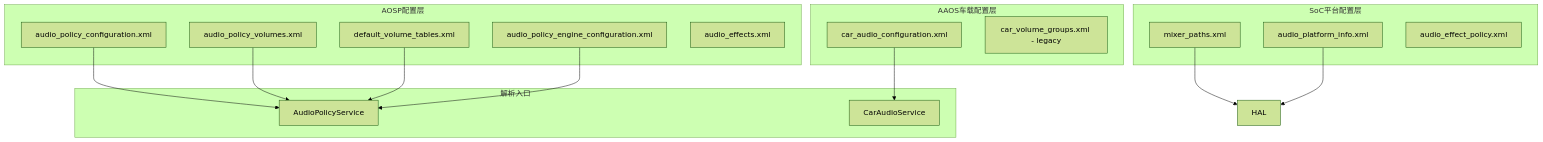
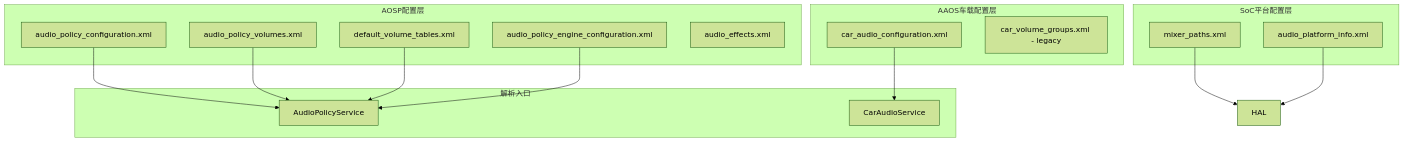
The first of 3 diagrams in 11_Vendor_Layer/11_11.1_配置文件体系总览.md (yanglinzhen1022/SA8295_AAOS_QNX_Audio_KnowledgeBase), drawn with Mermaid (forest theme) before and after one commit. The commit also changed other lines of this file and 4 other files, not shown here.

````diff
--- a/11_Vendor_Layer/11_11.1_配置文件体系总览.md
+++ b/11_Vendor_Layer/11_11.1_配置文件体系总览.md
@@ -11,31 +11,30 @@
 ```mermaid
 graph TB
     subgraph AOSP配置层
         APC[audio_policy_configuration.xml]
         APV[audio_policy_volumes.xml]
         DVT[default_volume_tables.xml]
         APEC[audio_policy_engine_configuration.xml]
         AEP[audio_effects.xml]
     end
     subgraph AAOS车载配置层
         CAC[car_audio_configuration.xml]
         CVP[car_volume_groups.xml - legacy]
     end
     subgraph SoC平台配置层
         MP[mixer_paths.xml]
         API[audio_platform_info.xml]
-        AEP2[audio_effect_policy.xml]
     end
     subgraph 解析入口
         APS[AudioPolicyService]
         CAS[CarAudioService]
     end
 
     APC --> APS
     APV --> APS
     DVT --> APS
     APEC --> APS
     CAC --> CAS
     MP --> HAL
     API --> HAL
 ```
````
